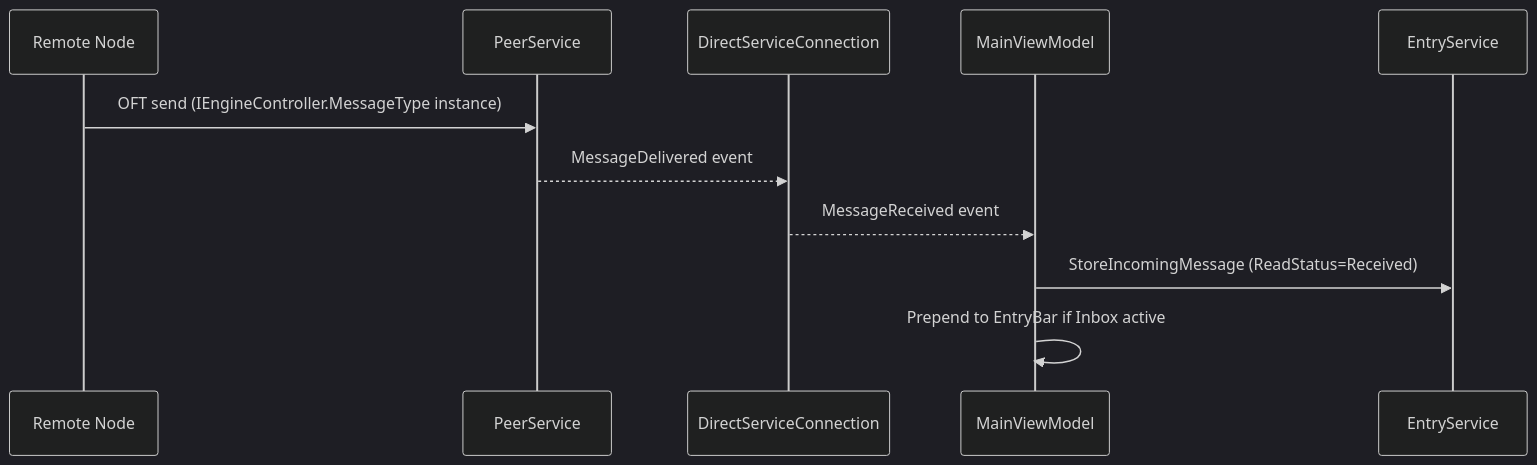
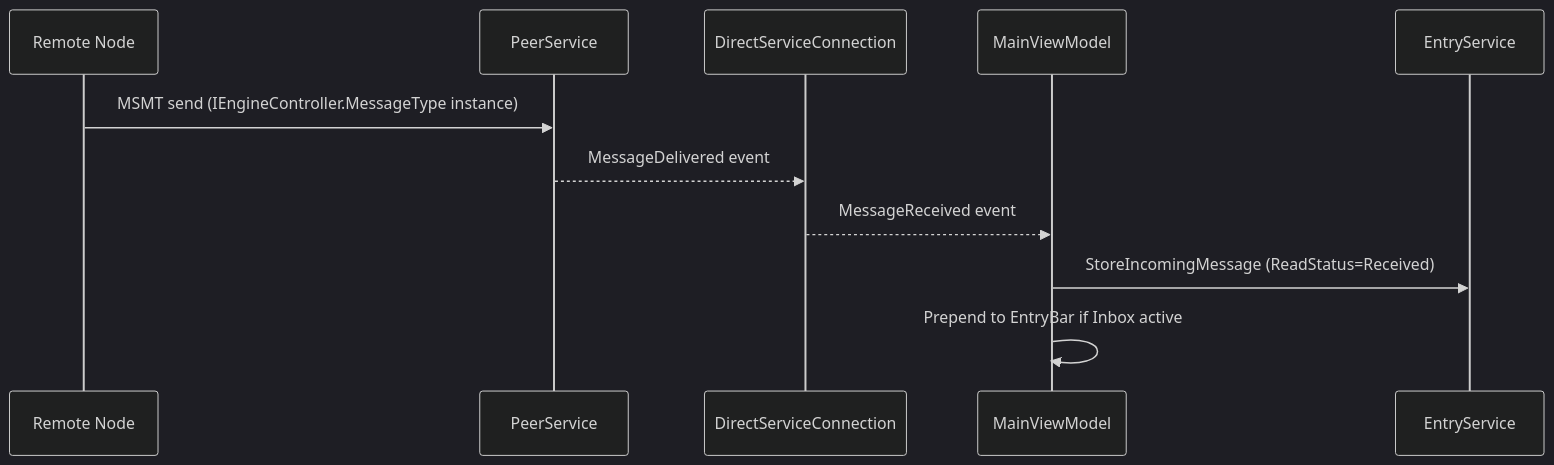
Before and after one commit to Blue-Heighliner/Comlink: the third of 5 diagrams in Docs/Architecture.md, drawn with Mermaid (dark theme). The commit also changed other lines of this file and 69 other files, not shown here.

````diff
--- a/Docs/Architecture.md
+++ b/Docs/Architecture.md
@@ -81,13 +81,13 @@
 ```mermaid
 sequenceDiagram
     participant RN as Remote Node
     participant PS as PeerService
     participant DSC as DirectServiceConnection
     participant MVM as MainViewModel
     participant ES as EntryService
-    RN->>PS: OFT send (IEngineController.MessageType instance)
+    RN->>PS: MSMT send (IEngineController.MessageType instance)
     PS-->>DSC: MessageDelivered event
     DSC-->>MVM: MessageReceived event
     MVM->>ES: StoreIncomingMessage (ReadStatus=Received)
     MVM->>MVM: Prepend to EntryBar if Inbox active
 ```
````
